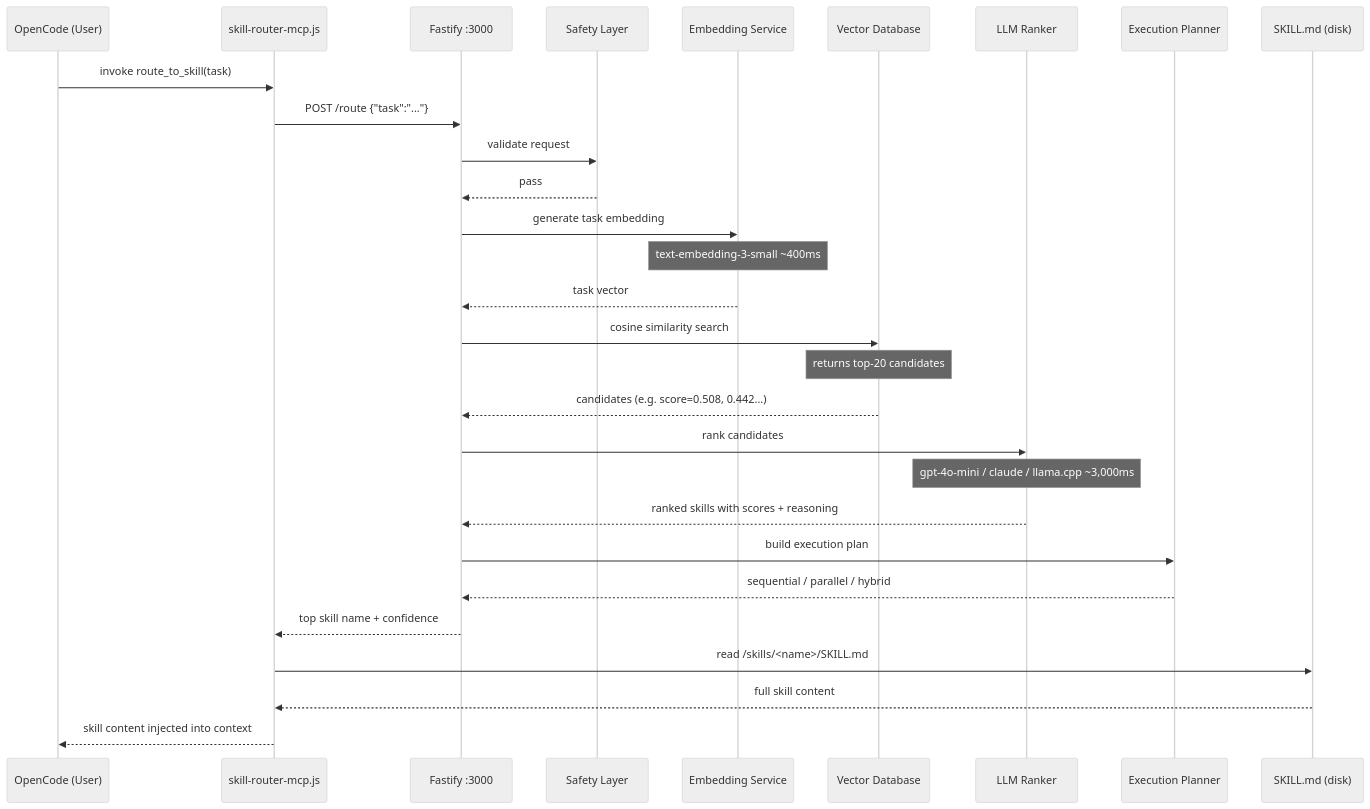
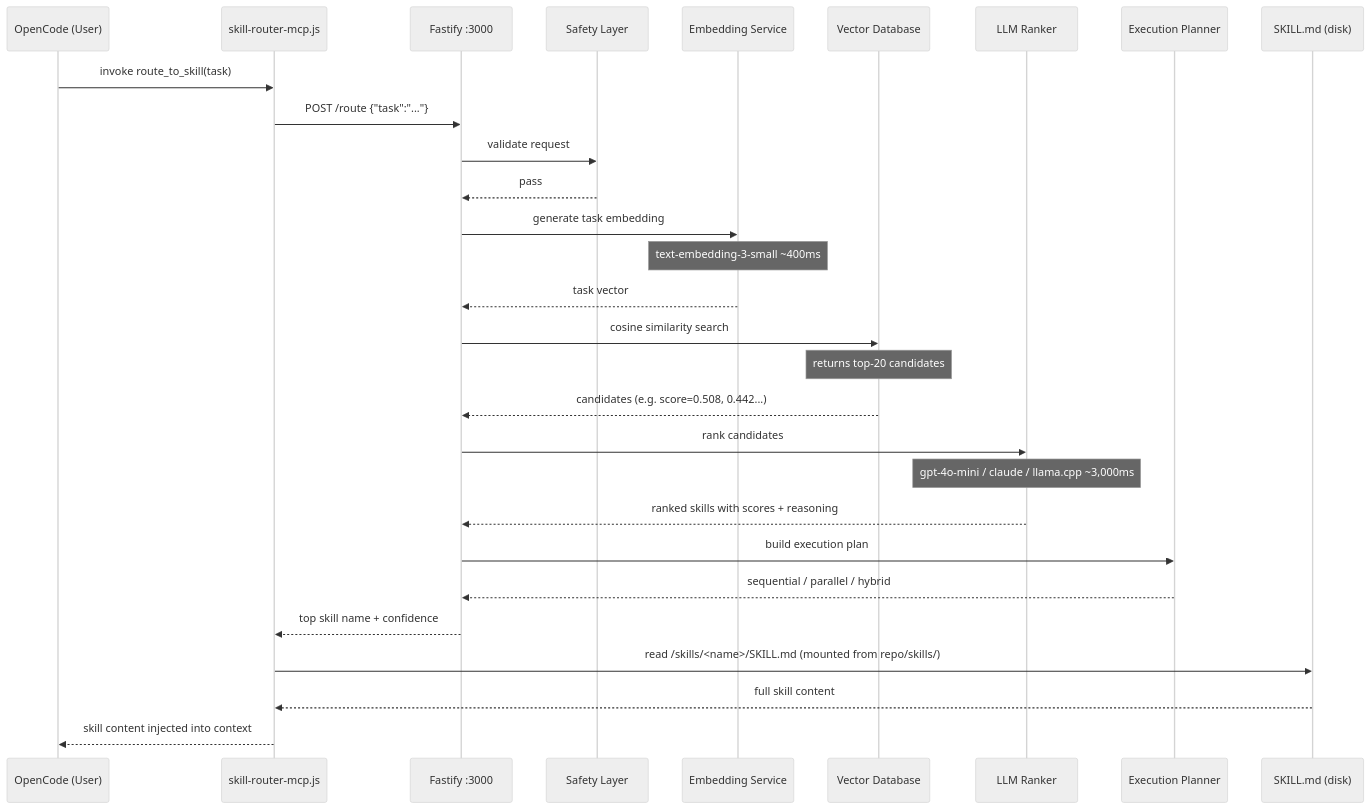
One commit to paulpas/skills changed the first of 2 diagrams in agent-skill-routing-system/README.md. Above: the diagram before and after it, drawn with Mermaid (neutral theme). The commit also changed other lines of this file and 228 other files, not shown here.

First line of the commit message:
refactor: move all skill dirs into skills/ subdirectory, update all path references

````diff
--- a/agent-skill-routing-system/README.md
+++ b/agent-skill-routing-system/README.md
@@ -16,32 +16,32 @@
 ```mermaid
 sequenceDiagram
     participant U as OpenCode (User)
     participant MCP as skill-router-mcp.js
     participant API as Fastify :3000
     participant Safety as Safety Layer
     participant Embed as Embedding Service
     participant VDB as Vector Database
     participant LLM as LLM Ranker
     participant Plan as Execution Planner
     participant Disk as SKILL.md (disk)
 
     U->>MCP: invoke route_to_skill(task)
     MCP->>API: POST /route {"task":"..."}
     API->>Safety: validate request
     Safety-->>API: pass
     API->>Embed: generate task embedding
     Note over Embed: text-embedding-3-small ~400ms
     Embed-->>API: task vector
     API->>VDB: cosine similarity search
     Note over VDB: returns top-20 candidates
     VDB-->>API: candidates (e.g. score=0.508, 0.442...)
     API->>LLM: rank candidates
     Note over LLM: gpt-4o-mini / claude / llama.cpp ~3,000ms
     LLM-->>API: ranked skills with scores + reasoning
     API->>Plan: build execution plan
     Plan-->>API: sequential / parallel / hybrid
     API-->>MCP: top skill name + confidence
-    MCP->>Disk: read /skills/<name>/SKILL.md
+    MCP->>Disk: read /skills/<name>/SKILL.md  (mounted from repo/skills/)
     Disk-->>MCP: full skill content
     MCP-->>U: skill content injected into context
 ```
````
